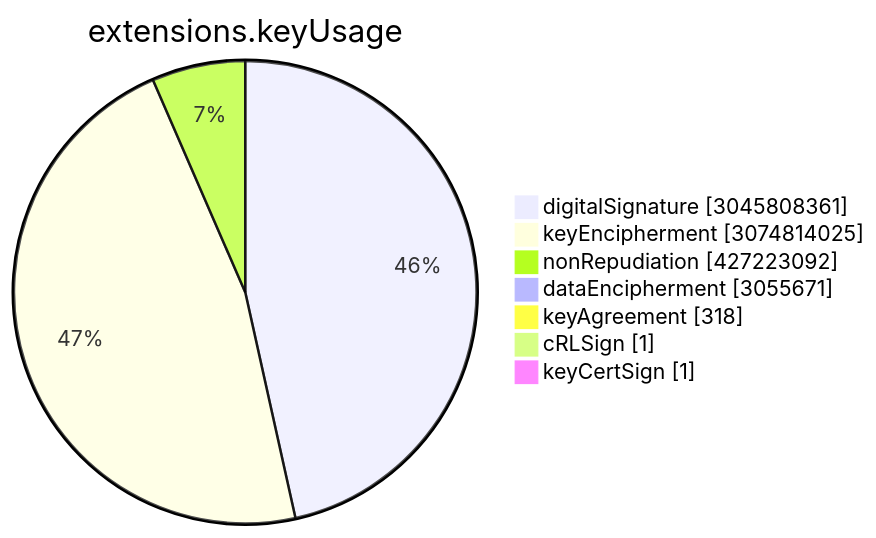
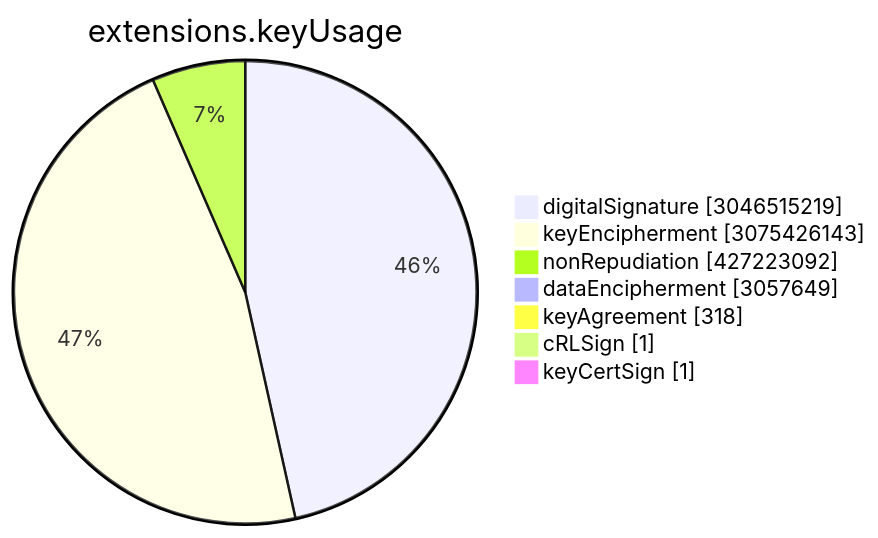
The sixth of 15 diagrams in TOTAL/README.md (christiankrug/ctmonitor_visualization), drawn with Mermaid before and after one commit. The commit also changed other lines of this file, not shown here.

````diff
--- a/TOTAL/README.md
+++ b/TOTAL/README.md
@@ -3075,11 +3075,11 @@
 ```mermaid
 pie showData
 title extensions.keyUsage
-"digitalSignature" :3045808361
-"keyEncipherment" :3074814025
+"digitalSignature" :3046515219
+"keyEncipherment" :3075426143
 "nonRepudiation" :427223092
-"dataEncipherment" :3055671
+"dataEncipherment" :3057649
 "keyAgreement" :318
 "cRLSign" :1
 "keyCertSign" :1
 ```
````
